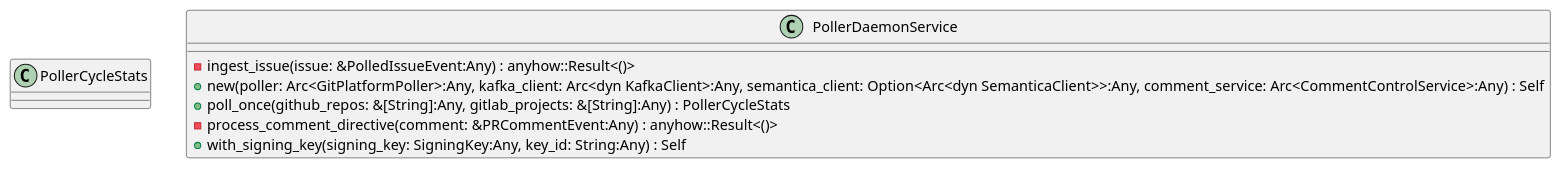
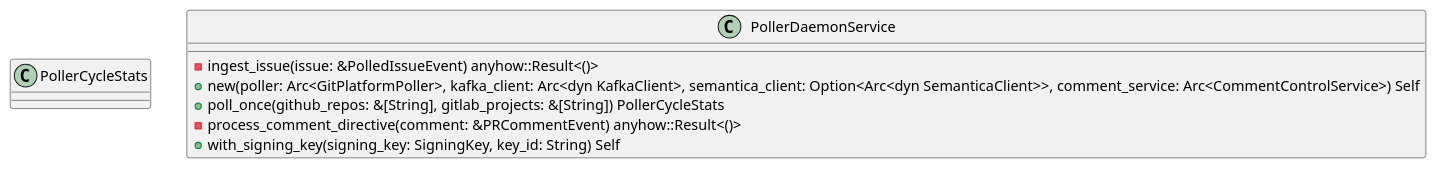
Before and after one commit to lgcorzo/rust_CACD_autonomous_factory: the first of 6 diagrams in openwiki/crates_factory_application_src_poller_service.md, drawn with PlantUML. The commit also changed other lines of this file and 97 other files, not shown here.

First line of the commit message:
Fix Rust AST parsing for method and function parameters, and update OKF UML frontmatter

````diff
--- a/openwiki/crates_factory_application_src_poller_service.md
+++ b/openwiki/crates_factory_application_src_poller_service.md
@@ -162,14 +167,14 @@
 ```plantuml
 @startuml
 class PollerCycleStats {
 }
 class PollerDaemonService {
-    -ingest_issue(issue: &PolledIssueEvent:Any) : anyhow::Result<()>
-    +new(poller: Arc<GitPlatformPoller>:Any, kafka_client: Arc<dyn KafkaClient>:Any, semantica_client: Option<Arc<dyn SemanticaClient>>:Any, comment_service: Arc<CommentControlService>:Any) : Self
-    +poll_once(github_repos: &[String]:Any, gitlab_projects: &[String]:Any) : PollerCycleStats
-    -process_comment_directive(comment: &PRCommentEvent:Any) : anyhow::Result<()>
-    +with_signing_key(signing_key: SigningKey:Any, key_id: String:Any) : Self
+    -ingest_issue(issue: &PolledIssueEvent) anyhow::Result<()>
+    +new(poller: Arc<GitPlatformPoller>, kafka_client: Arc<dyn KafkaClient>, semantica_client: Option<Arc<dyn SemanticaClient>>, comment_service: Arc<CommentControlService>) Self
+    +poll_once(github_repos: &[String], gitlab_projects: &[String]) PollerCycleStats
+    -process_comment_directive(comment: &PRCommentEvent) anyhow::Result<()>
+    +with_signing_key(signing_key: SigningKey, key_id: String) Self
 }
 @enduml
 
 ```
````
